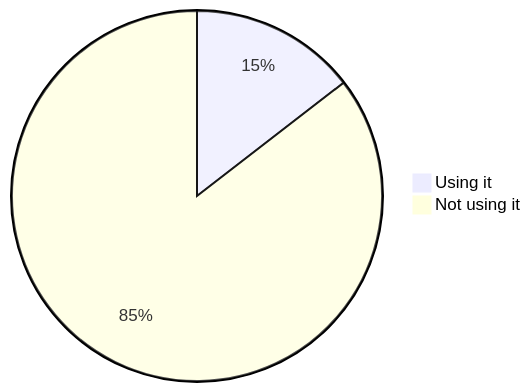
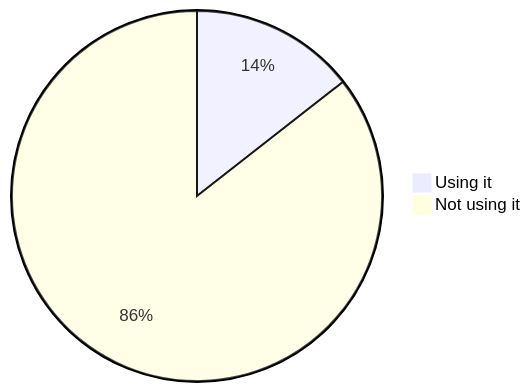
Before and after one commit to oshp/oshp-stats: the fourth of 22 diagrams in stats.md, drawn with Mermaid. The commit also changed other lines of this file, not shown here.

````diff
--- a/stats.md
+++ b/stats.md
@@ -46,6 +46,6 @@
 ```mermaid
 pie
-	"Using it" : 14.53
-	"Not using it" : 85.47
+	"Using it" : 14.44
+	"Not using it" : 85.56
 
 ```
````
